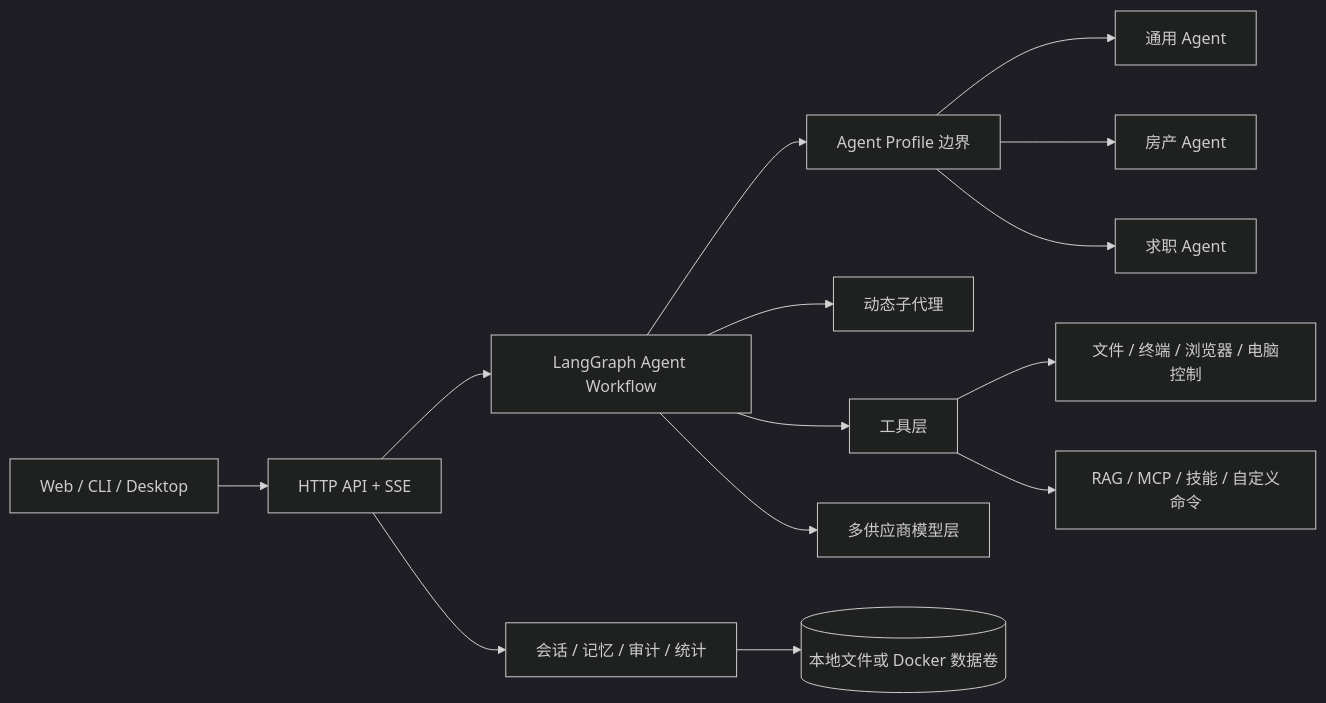
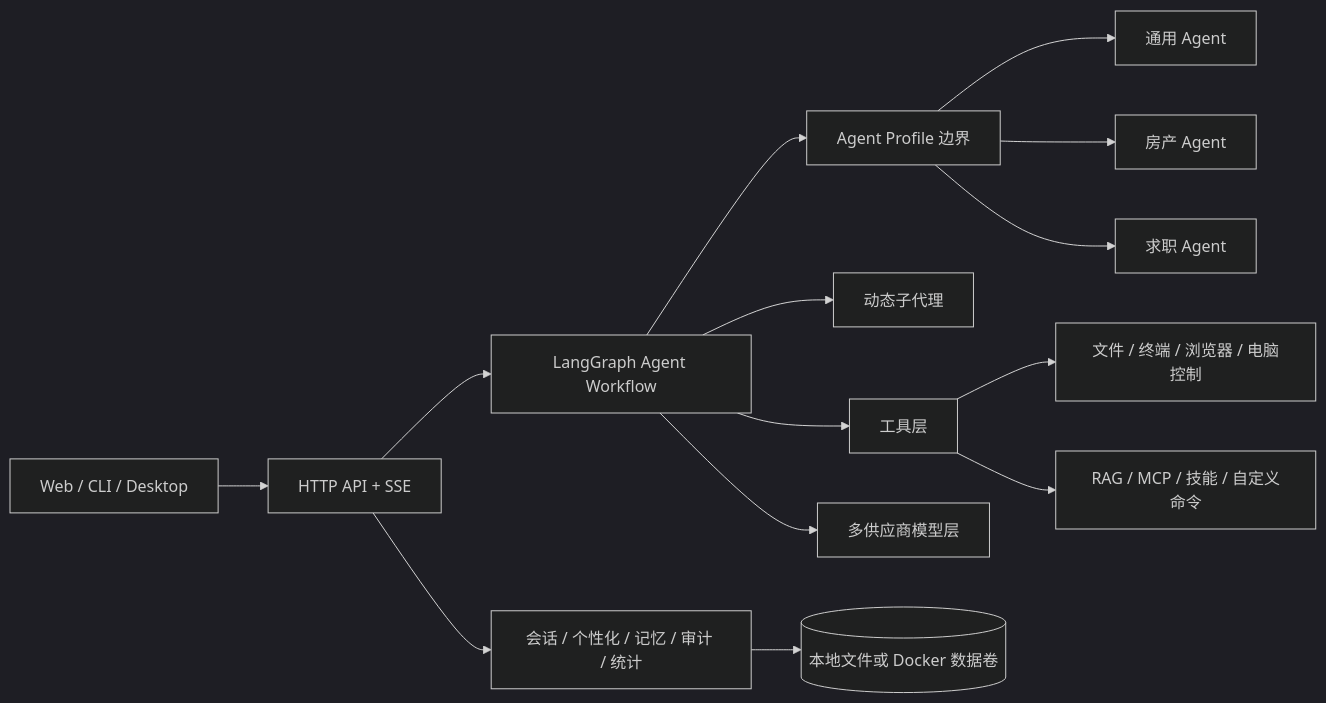
Before and after one commit to AIR-DUSTER1/agent-atlas: the diagram in README.md, drawn with Mermaid (dark theme). The commit also changed other lines of this file and 26 other files, not shown here.

````diff
--- a/README.md
+++ b/README.md
@@ -112,16 +112,16 @@
 ```mermaid
 flowchart LR
     UI["Web / CLI / Desktop"] --> API["HTTP API + SSE"]
     API --> WF["LangGraph Agent Workflow"]
     WF --> PROFILE["Agent Profile 边界"]
     PROFILE --> GENERAL["通用 Agent"]
     PROFILE --> ESTATE["房产 Agent"]
     PROFILE --> JOB["求职 Agent"]
     WF --> SUBAGENT["动态子代理"]
     WF --> TOOLS["工具层"]
     TOOLS --> DEV["文件 / 终端 / 浏览器 / 电脑控制"]
     TOOLS --> EXT["RAG / MCP / 技能 / 自定义命令"]
     WF --> MODEL["多供应商模型层"]
-    API --> DATA["会话 / 记忆 / 审计 / 统计"]
+    API --> DATA["会话 / 个性化 / 记忆 / 审计 / 统计"]
     DATA --> STORE[("本地文件或 Docker 数据卷")]
 ```
````
